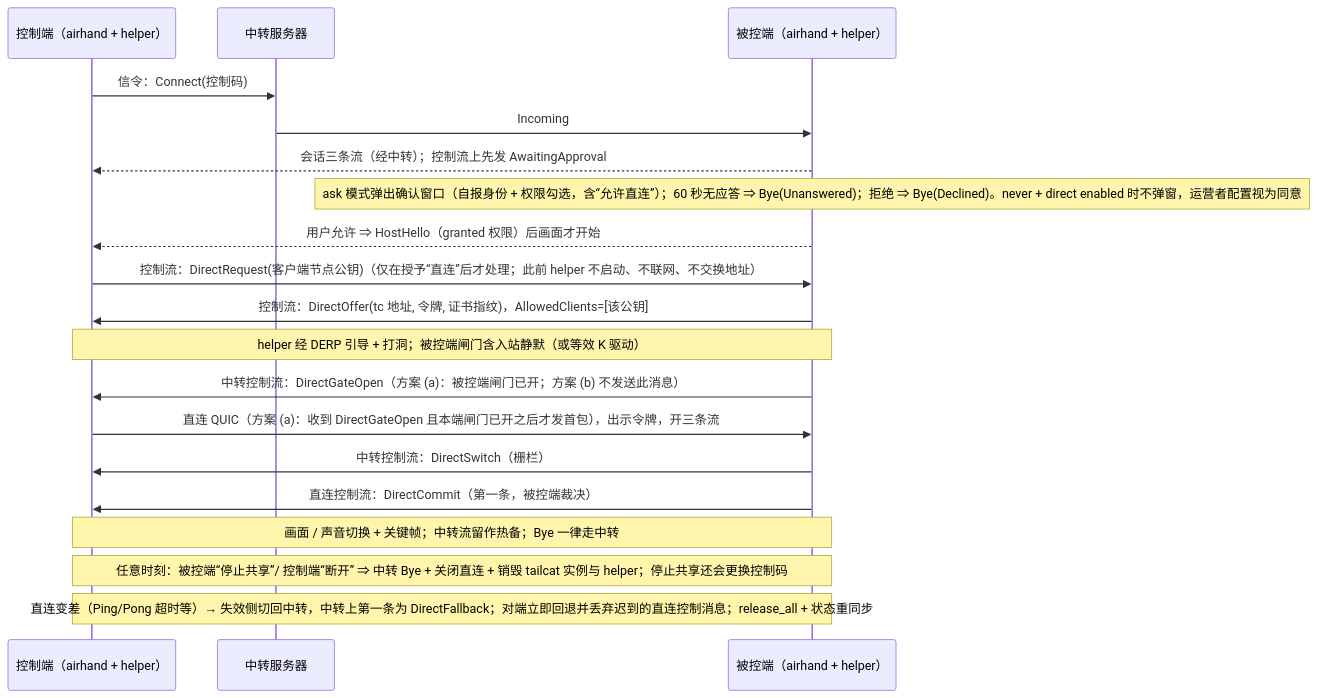
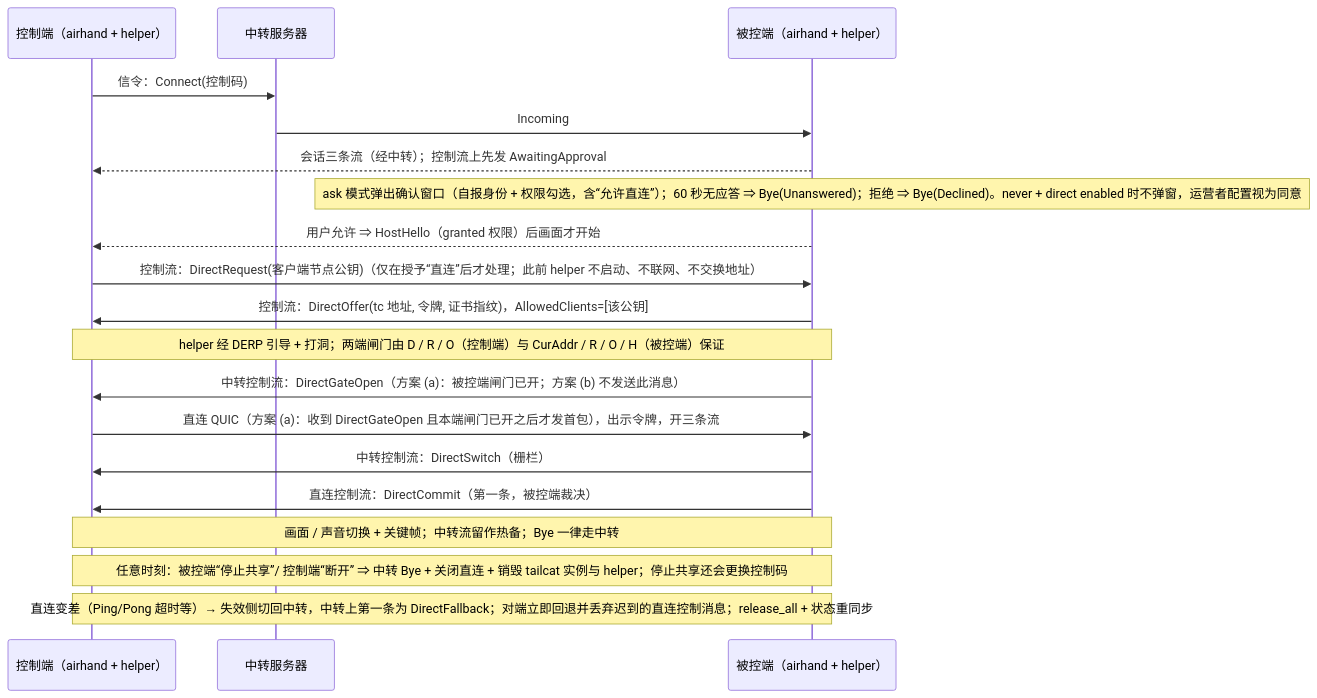
One commit to 2mauis/airhand changed the diagram in docs/specs/tailcat-p2p-feature-map.md. Above: the diagram before and after it, drawn with Mermaid. The commit also changed other lines of this file and 1 other file, not shown here.

````diff
--- a/docs/specs/tailcat-p2p-feature-map.md
+++ b/docs/specs/tailcat-p2p-feature-map.md
@@ -46,21 +46,21 @@
 ```mermaid
 sequenceDiagram
     participant C as 控制端（airhand + helper）
     participant R as 中转服务器
     participant H as 被控端（airhand + helper）
     C->>R: 信令：Connect(控制码)
     R->>H: Incoming
     H-->>C: 会话三条流（经中转）；控制流上先发 AwaitingApproval
     Note over H: ask 模式弹出确认窗口（自报身份 + 权限勾选，含“允许直连”）；60 秒无应答 ⇒ Bye(Unanswered)；拒绝 ⇒ Bye(Declined)。never + direct enabled 时不弹窗，运营者配置视为同意
     H-->>C: 用户允许 ⇒ HostHello（granted 权限）后画面才开始
     C->>H: 控制流：DirectRequest(客户端节点公钥)（仅在授予“直连”后才处理；此前 helper 不启动、不联网、不交换地址）
     H->>C: 控制流：DirectOffer(tc 地址, 令牌, 证书指纹)，AllowedClients=[该公钥]
-    Note over C,H: helper 经 DERP 引导 + 打洞；被控端闸门含入站静默（或等效 K 驱动）
+    Note over C,H: helper 经 DERP 引导 + 打洞；两端闸门由 D / R / O（控制端）与 CurAddr / R / O / H（被控端）保证
     H->>C: 中转控制流：DirectGateOpen（方案 (a)：被控端闸门已开；方案 (b) 不发送此消息）
     C->>H: 直连 QUIC（方案 (a)：收到 DirectGateOpen 且本端闸门已开之后才发首包），出示令牌，开三条流
     H->>C: 中转控制流：DirectSwitch（栅栏）
     H->>C: 直连控制流：DirectCommit（第一条，被控端裁决）
     Note over C,H: 画面 / 声音切换 + 关键帧；中转流留作热备；Bye 一律走中转
     Note over C,H: 任意时刻：被控端“停止共享”/ 控制端“断开” ⇒ 中转 Bye + 关闭直连 + 销毁 tailcat 实例与 helper；停止共享还会更换控制码
     Note over C,H: 直连变差（Ping/Pong 超时等）→ 失效侧切回中转，中转上第一条为 DirectFallback；对端立即回退并丢弃迟到的直连控制消息；release_all + 状态重同步
 ```
````
